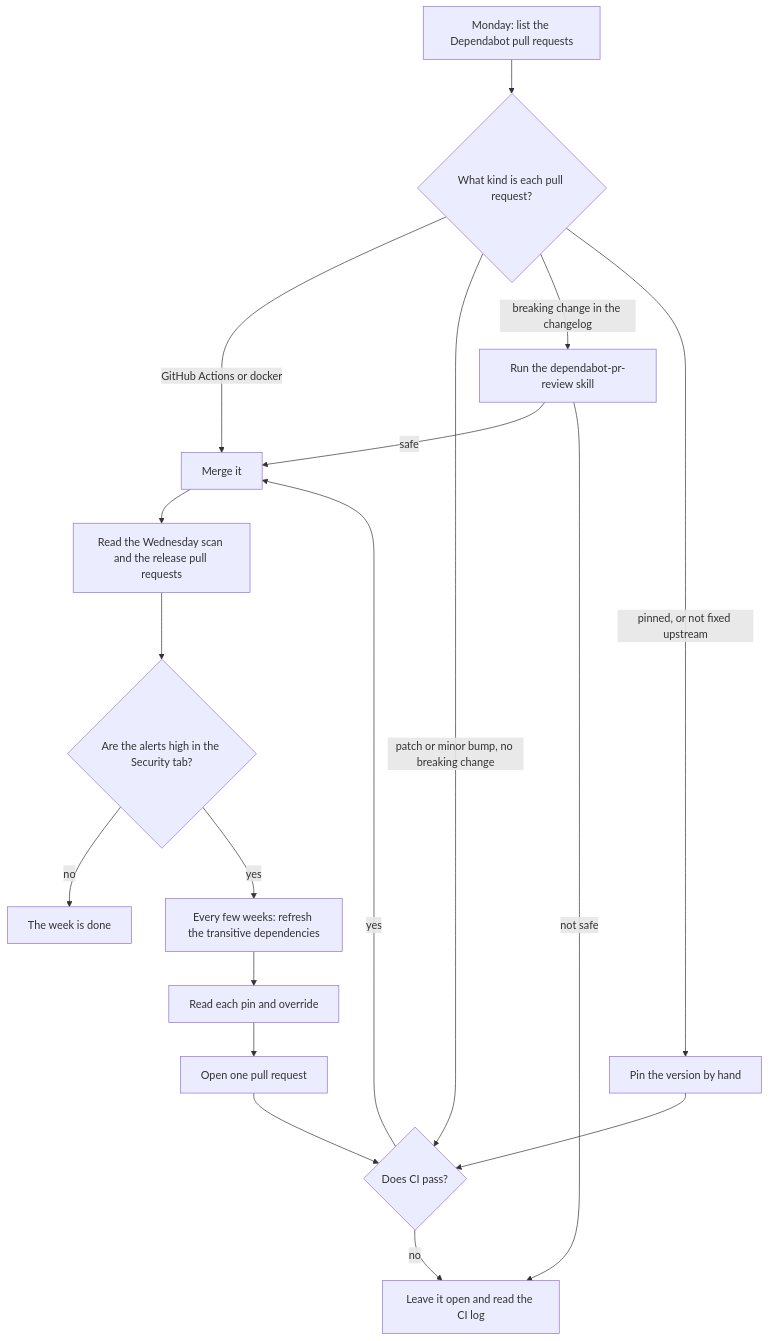
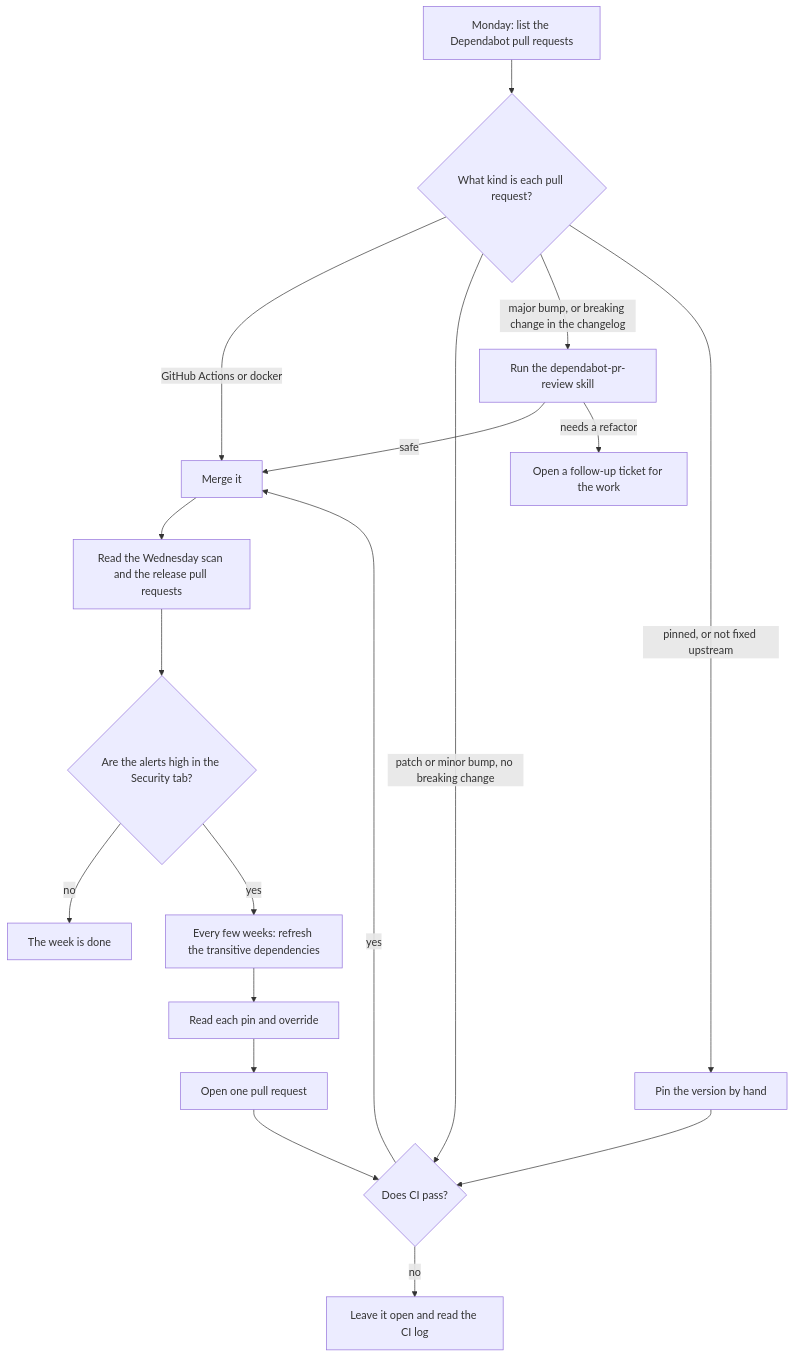
One commit to Unique-AG/connectors changed the fourth of 5 diagrams in SECURITY-PROCESS.md. Above: the diagram before and after it, drawn with Mermaid. The commit also changed other lines of this file, not shown here.

Commit message:
docs(main): send a major bump that needs a refactor to a follow-up ticket

````diff
--- a/SECURITY-PROCESS.md
+++ b/SECURITY-PROCESS.md
@@ -259,20 +259,20 @@
 ```mermaid
 flowchart TD
   monday[Monday: list the Dependabot pull requests] --> kind{What kind is each pull request?}
   kind -->|GitHub Actions or docker| merge[Merge it]
   kind -->|patch or minor bump, no breaking change| ci{Does CI pass?}
-  kind -->|breaking change in the changelog| skill[Run the dependabot-pr-review skill]
+  kind -->|major bump, or breaking change in the changelog| skill[Run the dependabot-pr-review skill]
   kind -->|pinned, or not fixed upstream| pin[Pin the version by hand]
   ci -->|yes| merge
   ci -->|no| hold[Leave it open and read the CI log]
   skill -->|safe| merge
-  skill -->|not safe| hold
+  skill -->|needs a refactor| ticket[Open a follow-up ticket for the work]
   pin --> ci
   merge --> scan[Read the Wednesday scan and the release pull requests]
   scan --> alerts{Are the alerts high in the Security tab?}
   alerts -->|no| done[The week is done]
   alerts -->|yes| refresh[Every few weeks: refresh the transitive dependencies]
   refresh --> pins[Read each pin and override]
   pins --> onepr[Open one pull request]
   onepr --> ci
 ```
````
